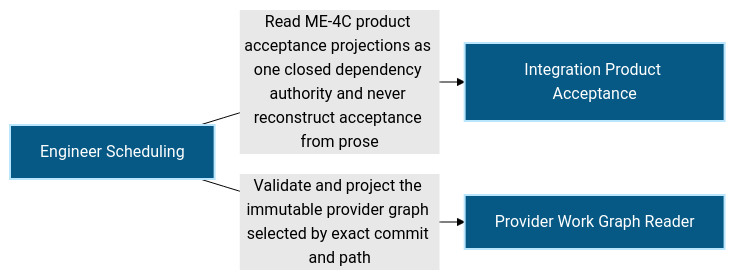
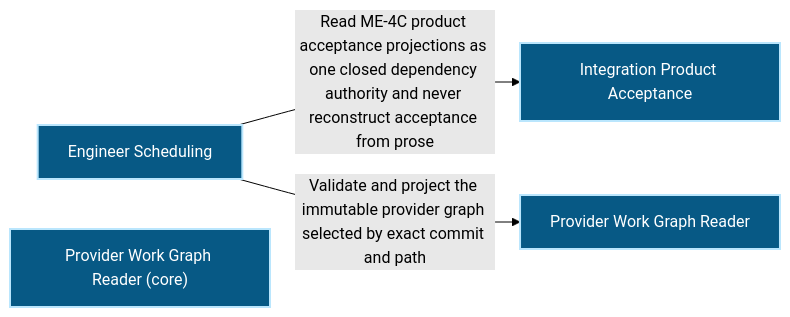
Before and after one commit to Ancienttwo/repo-harness: the first of 2 diagrams in docs/architecture/modules/runtime-harness/engineer-scheduling.md, drawn with Mermaid (forest theme). The commit also changed other lines of this file and 32 other files, not shown here.

First line of the commit message:
chore(projection): refresh generated architecture outputs for main@4c37d26d25c7

````diff
--- a/docs/architecture/modules/runtime-harness/engineer-scheduling.md
+++ b/docs/architecture/modules/runtime-harness/engineer-scheduling.md
@@ -16,12 +16,13 @@
 ```mermaid
 flowchart LR
   p1_capability_runtime_harness_engineer_scheduling_022bd8e0["Engineer Scheduling"]:::component
   p1_capability_runtime_harness_integration_acceptance_8c7dd2d3["Integration Product Acceptance"]:::component
   p1_component_engineer_scheduling_primary_1e5aff8c["Provider Work Graph Reader"]:::component
+  p1_component_engineer_scheduling_primary_core_499ae9ee["Provider Work Graph Reader (core)"]:::component
   p1_capability_runtime_harness_engineer_scheduling_022bd8e0 -->|"Read ME-4C product acceptance projections as one closed dependency authority and never reconstruct acceptance from prose"| p1_capability_runtime_harness_integration_acceptance_8c7dd2d3
   p1_capability_runtime_harness_engineer_scheduling_022bd8e0 -->|"Validate and project the immutable provider graph selected by exact commit and path"| p1_component_engineer_scheduling_primary_1e5aff8c
   classDef actor fill:#111827,color:#ffffff,stroke:#f9fafb,stroke-width:2px
   classDef component fill:#075985,color:#ffffff,stroke:#bae6fd,stroke-width:2px
   classDef datastore fill:#3f6212,color:#ffffff,stroke:#d9f99d,stroke-width:2px
   classDef external fill:#7c2d12,color:#ffffff,stroke:#fed7aa,stroke-width:2px
 ```
````
